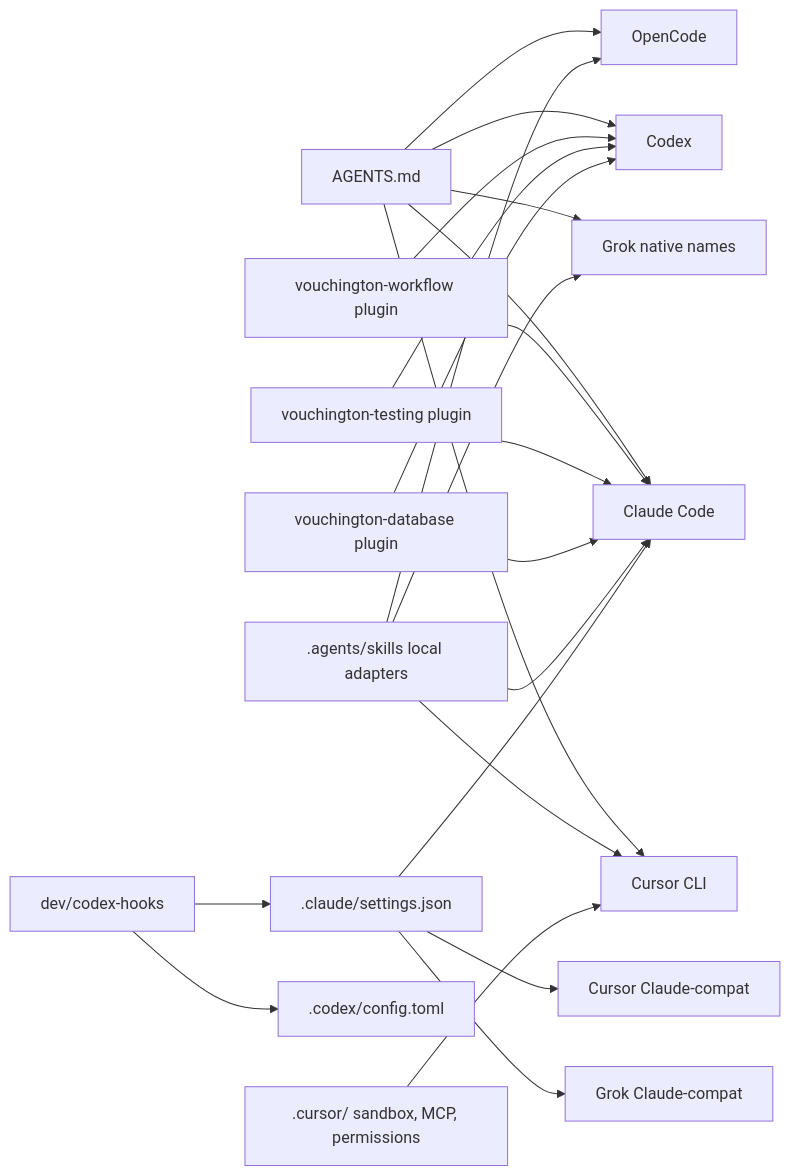
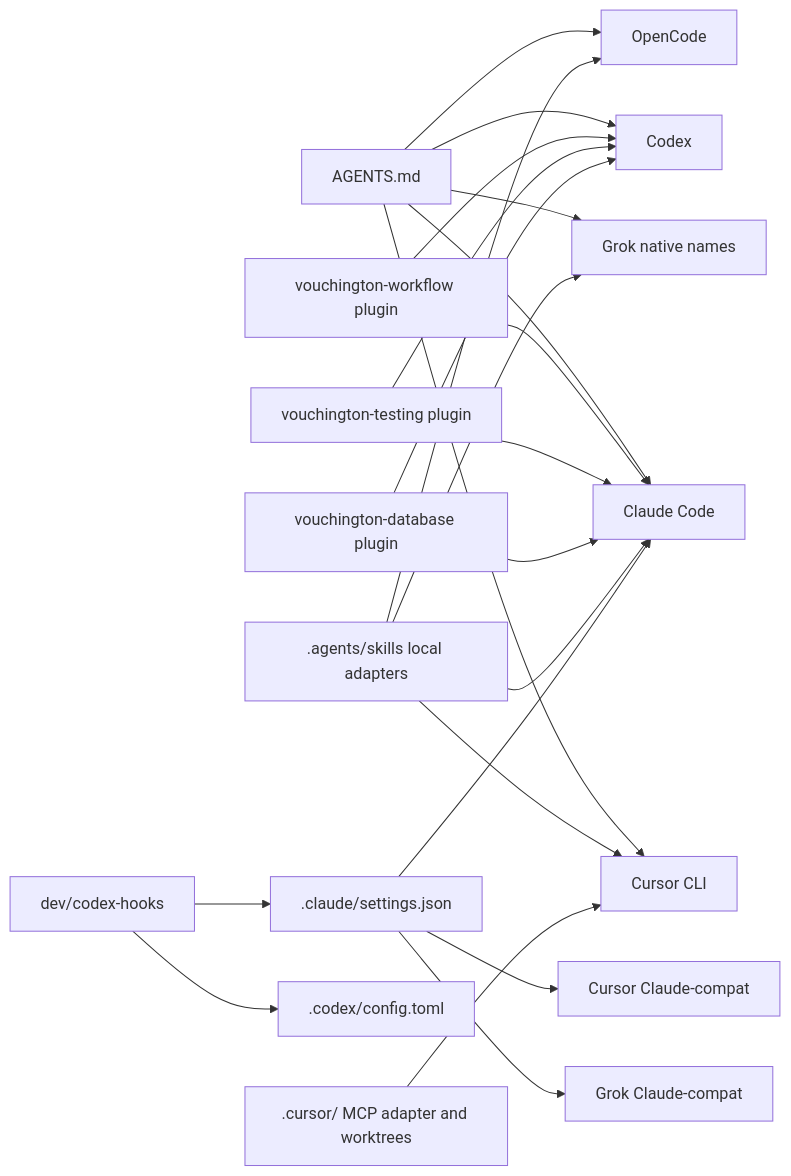
The diagram in docs/development/agent-harness-parity.md (vouchington/vouchington), drawn with Mermaid before and after one commit. The commit also changed other lines of this file and 30 other files, not shown here.

````diff
--- a/docs/development/agent-harness-parity.md
+++ b/docs/development/agent-harness-parity.md
@@ -62,24 +63,24 @@
 ```mermaid
 flowchart LR
   claudeMd[AGENTS.md] --> claude[Claude Code]
   claudeMd --> codex[Codex]
   claudeMd --> grok[Grok native names]
   claudeMd --> cursor[Cursor CLI]
   claudeMd --> opencode[OpenCode]
   workflowPlugin[vouchington-workflow plugin] --> claude
   workflowPlugin --> codex
   testingPlugin[vouchington-testing plugin] --> claude
   testingPlugin --> codex
   databasePlugin[vouchington-database plugin] --> claude
   databasePlugin --> codex
   skills[.agents/skills local adapters] --> claude
   skills --> grok
   skills --> cursor
   skills --> opencode
   claudeHooks[.claude/settings.json] --> claude
   claudeHooks --> grokCompat[Grok Claude-compat]
   claudeHooks --> cursorCompat[Cursor Claude-compat]
   hookRunner[dev/codex-hooks] --> claudeHooks
   hookRunner --> codexConfig[.codex/config.toml]
-  cursorConfig[".cursor/ sandbox, MCP, permissions"] --> cursor
+  cursorConfig[".cursor/ MCP adapter and worktrees"] --> cursor
 ```
````
